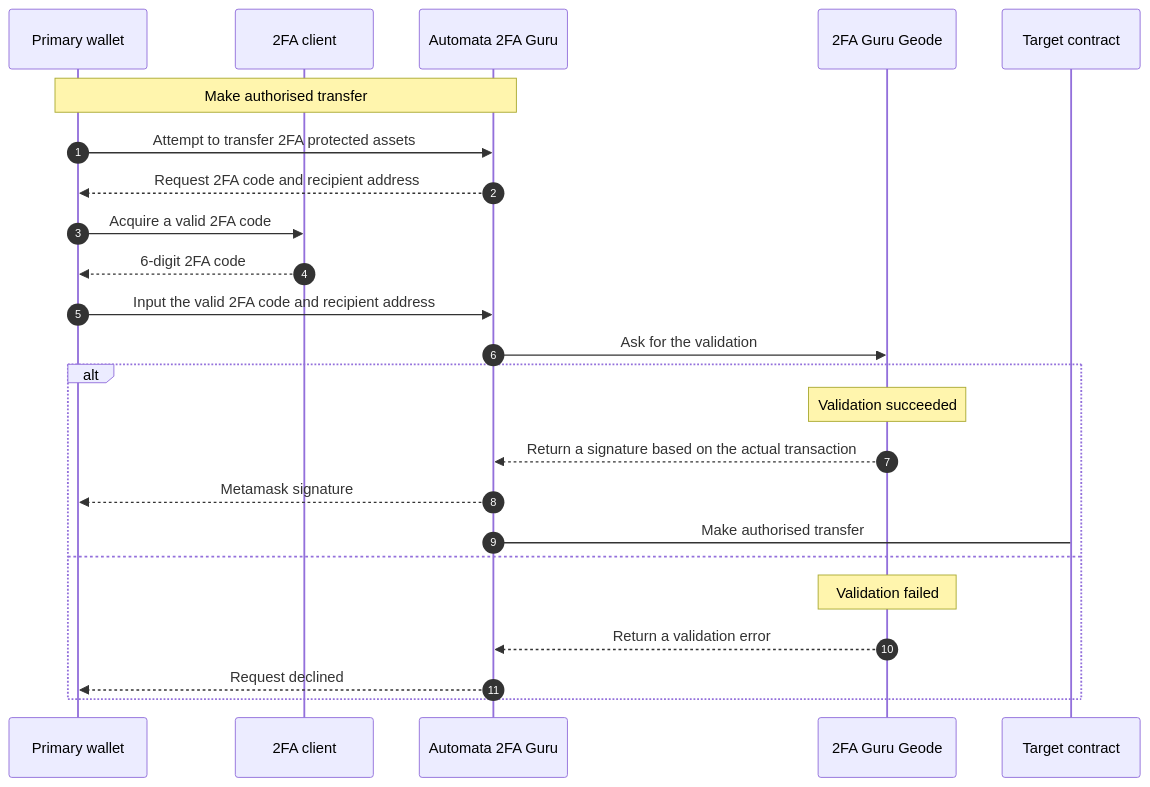
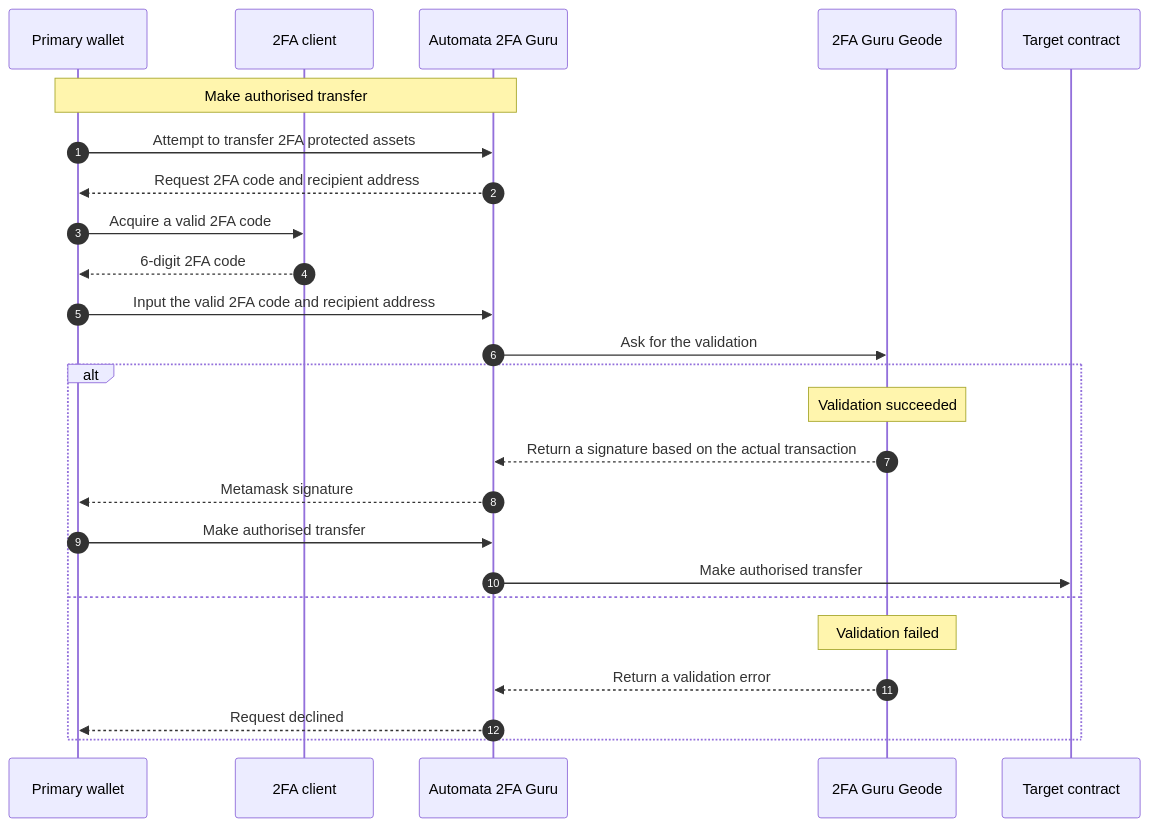
The first of 2 diagrams in docs/2fa/developers/workflow.md (automata-network/docs), drawn with Mermaid before and after one commit. The commit also changed other lines of this file, not shown here.

Commit message:
Update workflow diagram

````diff
--- a/docs/2fa/developers/workflow.md
+++ b/docs/2fa/developers/workflow.md
@@ -5,27 +5,28 @@
 ``` mermaid
 sequenceDiagram
   autonumber
     participant PW as Primary wallet
     participant Client as 2FA client
     participant DApp as Automata 2FA Guru
     participant Geode as 2FA Guru Geode
     participant Contract as Target contract
 
   note over PW, DApp: Make authorised transfer
   PW->>DApp: Attempt to transfer 2FA protected assets
   DApp-->>PW: Request 2FA code and recipient address
   PW->>Client: Acquire a valid 2FA code
   Client-->>PW: 6-digit 2FA code
   PW->>DApp: Input the valid 2FA code and recipient address
   DApp->>Geode: Ask for the validation
   alt
     note over Geode: Validation succeeded
     Geode-->>DApp: Return a signature based on the actual transaction
     DApp-->>PW: Metamask signature
-    DApp->Contract: Make authorised transfer
+    PW->>DApp: Make authorised transfer
+    DApp->>Contract: Make authorised transfer
   else
     note over Geode: Validation failed
     Geode-->>DApp: Return a validation error
     DApp-->>PW: Request declined
   end
 ```
````
